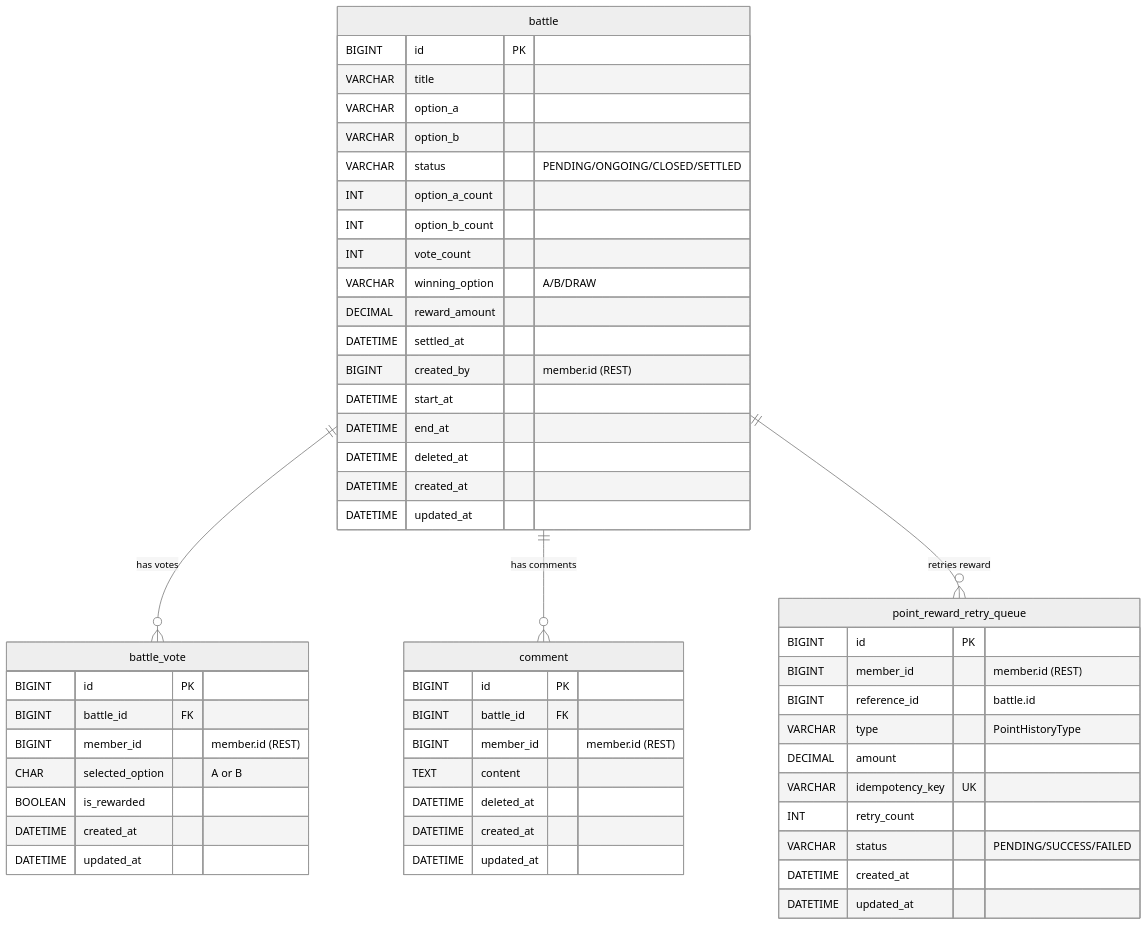
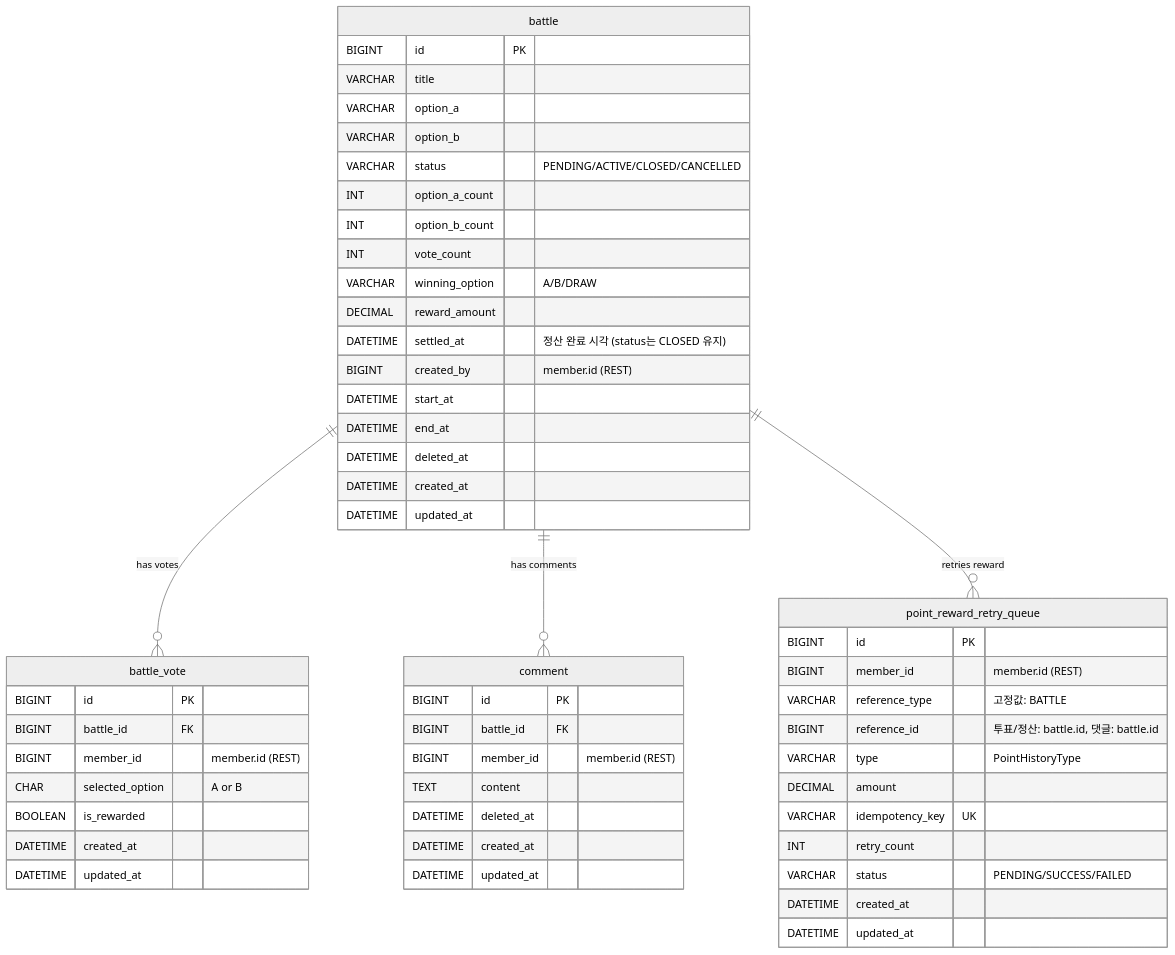
Before and after one commit to K-Ghwan99/todongsan: the first of 4 diagrams in docs/battle/BATTLE_ERD.md, drawn with Mermaid (neutral theme). The commit also changed other lines of this file and 2 other files, not shown here.

First line of the commit message:
docs: battle 문서 정합성 정비

````diff
--- a/docs/battle/BATTLE_ERD.md
+++ b/docs/battle/BATTLE_ERD.md
@@ -24,59 +25,60 @@
 ```mermaid
 erDiagram
     battle ||--o{ battle_vote : "has votes"
     battle ||--o{ comment : "has comments"
     battle ||--o{ point_reward_retry_queue : "retries reward"
 
     battle {
         BIGINT id PK
         VARCHAR title
         VARCHAR option_a
         VARCHAR option_b
-        VARCHAR status "PENDING/ONGOING/CLOSED/SETTLED"
+        VARCHAR status "PENDING/ACTIVE/CLOSED/CANCELLED"
         INT option_a_count
         INT option_b_count
         INT vote_count
         VARCHAR winning_option "A/B/DRAW"
         DECIMAL reward_amount
-        DATETIME settled_at
+        DATETIME settled_at "정산 완료 시각 (status는 CLOSED 유지)"
         BIGINT created_by "member.id (REST)"
         DATETIME start_at
         DATETIME end_at
         DATETIME deleted_at
         DATETIME created_at
         DATETIME updated_at
     }
 
     battle_vote {
         BIGINT id PK
         BIGINT battle_id FK
         BIGINT member_id "member.id (REST)"
         CHAR selected_option "A or B"
         BOOLEAN is_rewarded
         DATETIME created_at
         DATETIME updated_at
     }
 
     comment {
         BIGINT id PK
         BIGINT battle_id FK
         BIGINT member_id "member.id (REST)"
         TEXT content
         DATETIME deleted_at
         DATETIME created_at
         DATETIME updated_at
     }
 
     point_reward_retry_queue {
         BIGINT id PK
         BIGINT member_id "member.id (REST)"
-        BIGINT reference_id "battle.id"
+        VARCHAR reference_type "고정값: BATTLE"
+        BIGINT reference_id "투표/정산: battle.id, 댓글: battle.id"
         VARCHAR type "PointHistoryType"
         DECIMAL amount
         VARCHAR idempotency_key UK
         INT retry_count
         VARCHAR status "PENDING/SUCCESS/FAILED"
         DATETIME created_at
         DATETIME updated_at
     }
 ```
````
